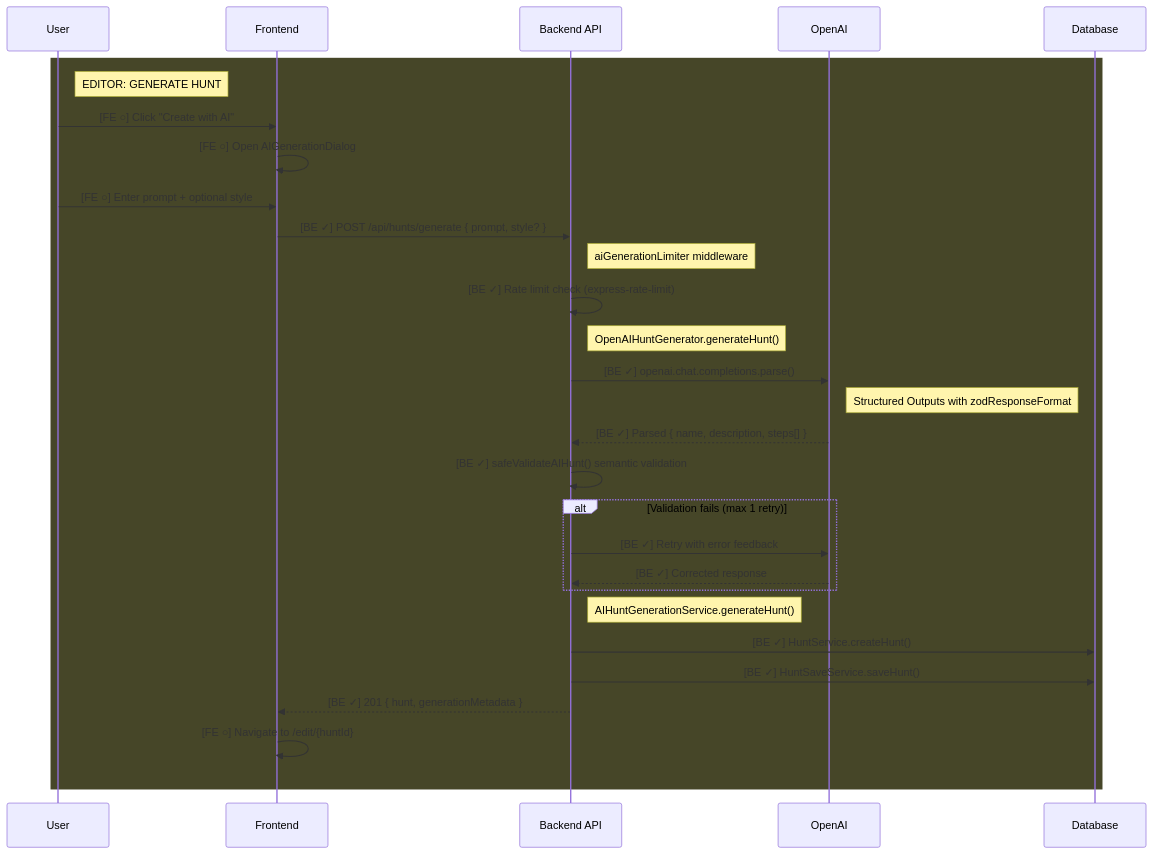
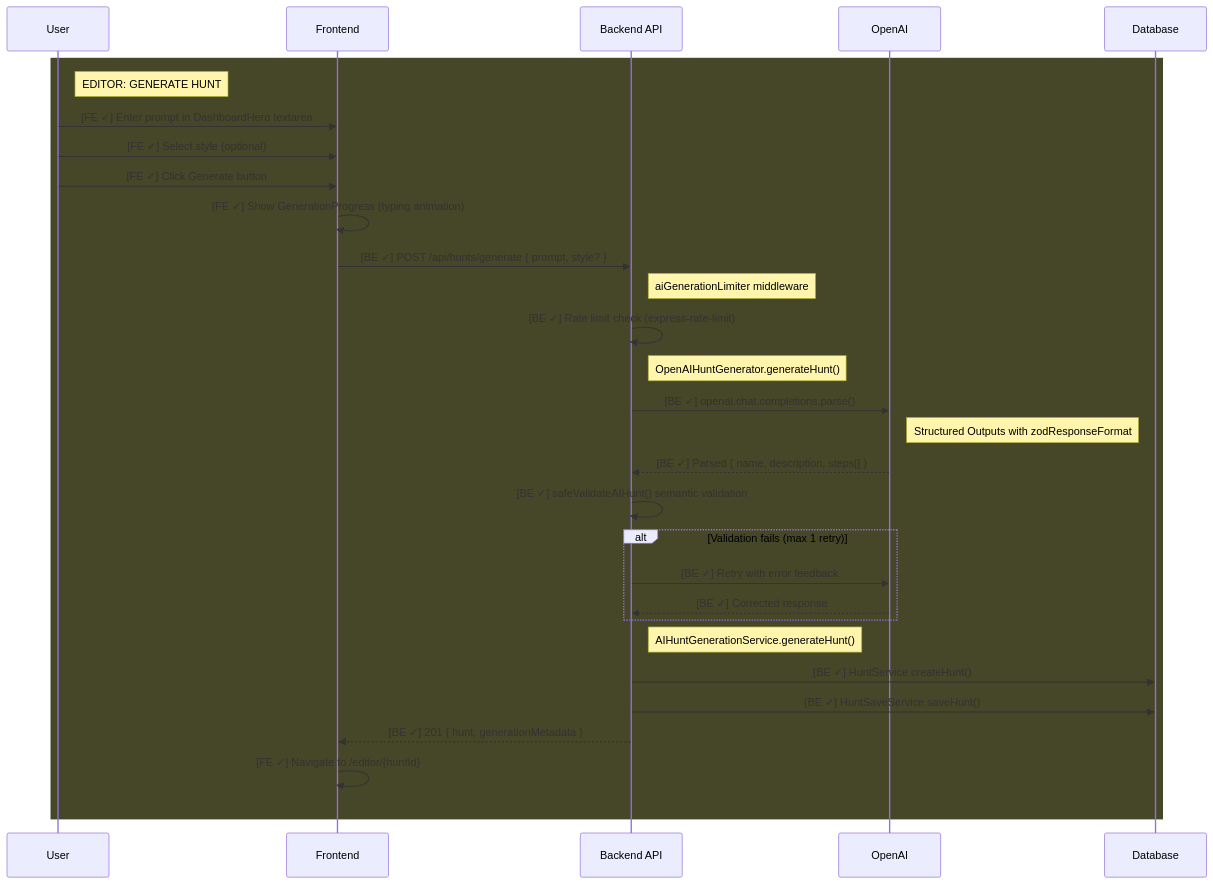
The diagram in .claude/features/ai-hunt-generation.md (catalinleca/HuntHub), drawn with Mermaid before and after one commit. The commit also changed other lines of this file, not shown here.

````diff
--- a/.claude/features/ai-hunt-generation.md
+++ b/.claude/features/ai-hunt-generation.md
@@ -44,32 +45,33 @@
 ```mermaid
 sequenceDiagram
     participant U as User
     participant FE as Frontend
     participant API as Backend API
     participant AI as OpenAI
     participant DB as Database
 
     rect rgb(70, 70, 40)
     Note right of U: EDITOR: GENERATE HUNT
-    U->>FE: [FE ○] Click "Create with AI"
-    FE->>FE: [FE ○] Open AIGenerationDialog
-    U->>FE: [FE ○] Enter prompt + optional style
+    U->>FE: [FE ✓] Enter prompt in DashboardHero textarea
+    U->>FE: [FE ✓] Select style (optional)
+    U->>FE: [FE ✓] Click Generate button
+    FE->>FE: [FE ✓] Show GenerationProgress (typing animation)
     FE->>API: [BE ✓] POST /api/hunts/generate { prompt, style? }
     Note right of API: aiGenerationLimiter middleware
     API->>API: [BE ✓] Rate limit check (express-rate-limit)
     Note right of API: OpenAIHuntGenerator.generateHunt()
     API->>AI: [BE ✓] openai.chat.completions.parse()
     Note right of AI: Structured Outputs with zodResponseFormat
     AI-->>API: [BE ✓] Parsed { name, description, steps[] }
     API->>API: [BE ✓] safeValidateAIHunt() semantic validation
     alt Validation fails (max 1 retry)
         API->>AI: [BE ✓] Retry with error feedback
         AI-->>API: [BE ✓] Corrected response
     end
     Note right of API: AIHuntGenerationService.generateHunt()
     API->>DB: [BE ✓] HuntService.createHunt()
     API->>DB: [BE ✓] HuntSaveService.saveHunt()
     API-->>FE: [BE ✓] 201 { hunt, generationMetadata }
-    FE->>FE: [FE ○] Navigate to /edit/{huntId}
+    FE->>FE: [FE ✓] Navigate to /editor/{huntId}
     end
 ```
````
